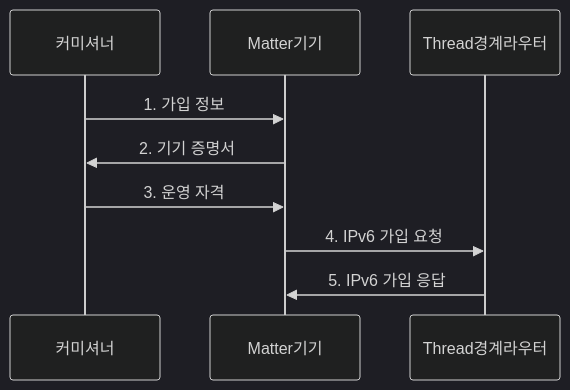
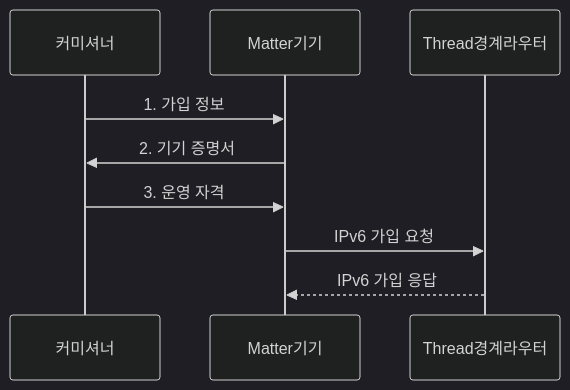
The second of 2 diagrams in src/content/docs/notes/04-network/054_zigbee_thread_matter.md (agnusdei1207/knowledge-base), drawn with Mermaid (dark theme) before and after one commit. The commit also changed other lines of this file and 11 other files, not shown here.

````diff
--- a/src/content/docs/notes/04-network/054_zigbee_thread_matter.md
+++ b/src/content/docs/notes/04-network/054_zigbee_thread_matter.md
@@ -86,11 +86,11 @@
 ```mermaid
 sequenceDiagram
     participant 커미셔너
     participant Matter기기
     participant Thread경계라우터
     커미셔너->>Matter기기: 1. 가입 정보
     Matter기기->>커미셔너: 2. 기기 증명서
     커미셔너->>Matter기기: 3. 운영 자격
-    Matter기기->>Thread경계라우터: 4. IPv6 가입 요청
-    Thread경계라우터->>Matter기기: 5. IPv6 가입 응답
+    Matter기기->>Thread경계라우터: IPv6 가입 요청
+    Thread경계라우터-->>Matter기기: IPv6 가입 응답
 ```
````
